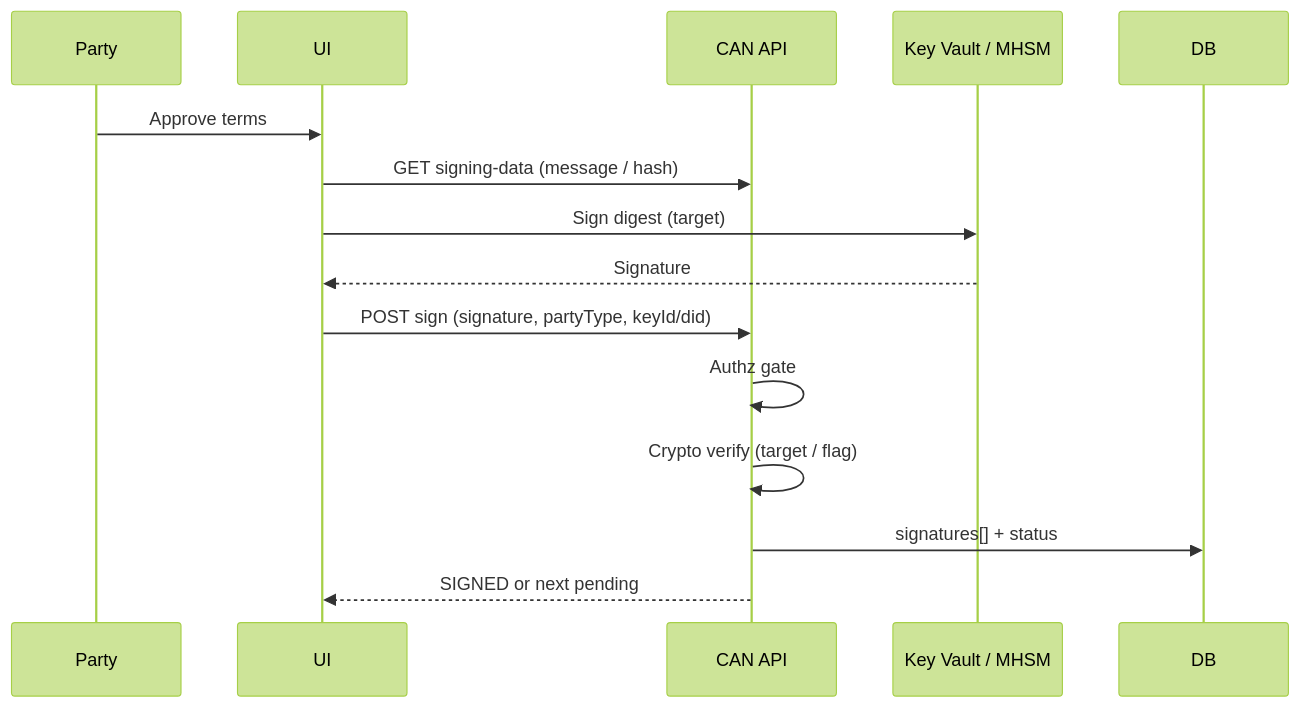
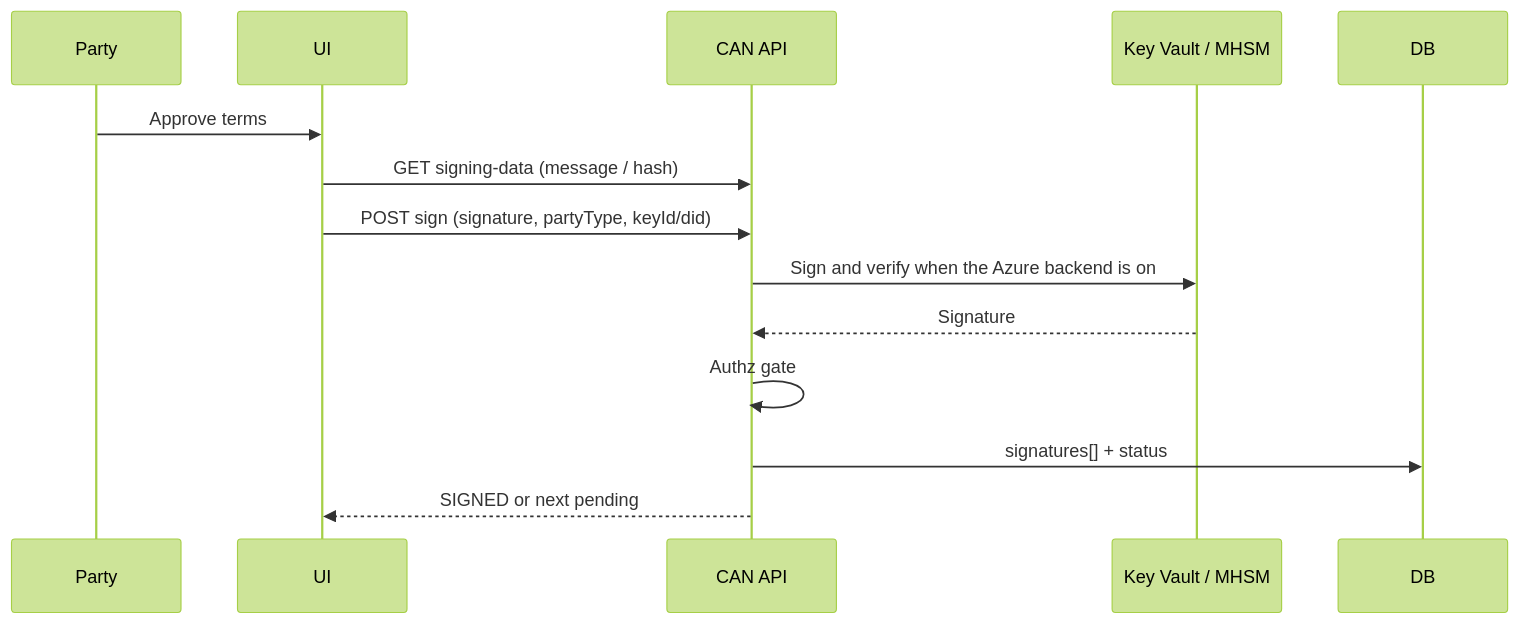
One commit to gitmujoshi/Confidential-AI-Network changed the second of 2 diagrams in docs/blogs/_posts/2026-08-17-can-contract-management-signing.md. Above: the diagram before and after it, drawn with Mermaid (forest theme). The commit also changed other lines of this file and 67 other files, not shown here.

````diff
--- a/docs/blogs/_posts/2026-08-17-can-contract-management-signing.md
+++ b/docs/blogs/_posts/2026-08-17-can-contract-management-signing.md
@@ -145,18 +147,17 @@
 ```mermaid
 sequenceDiagram
   participant Party
   participant UI
   participant CAN as CAN API
   participant KV as Key Vault / MHSM
   participant DB
 
   Party->>UI: Approve terms
   UI->>CAN: GET signing-data (message / hash)
-  UI->>KV: Sign digest (target)
-  KV-->>UI: Signature
   UI->>CAN: POST sign (signature, partyType, keyId/did)
+  CAN->>KV: Sign and verify when the Azure backend is on
+  KV-->>CAN: Signature
   CAN->>CAN: Authz gate
-  CAN->>CAN: Crypto verify (target / flag)
   CAN->>DB: signatures[] + status
   CAN-->>UI: SIGNED or next pending
 ```
````
